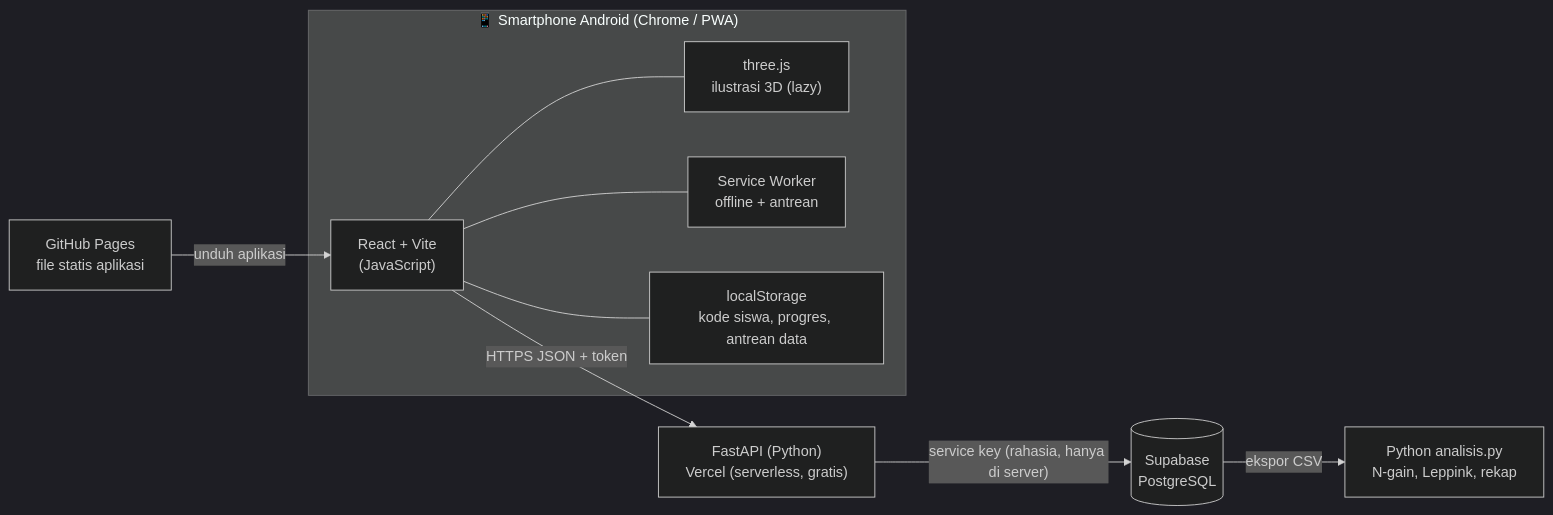
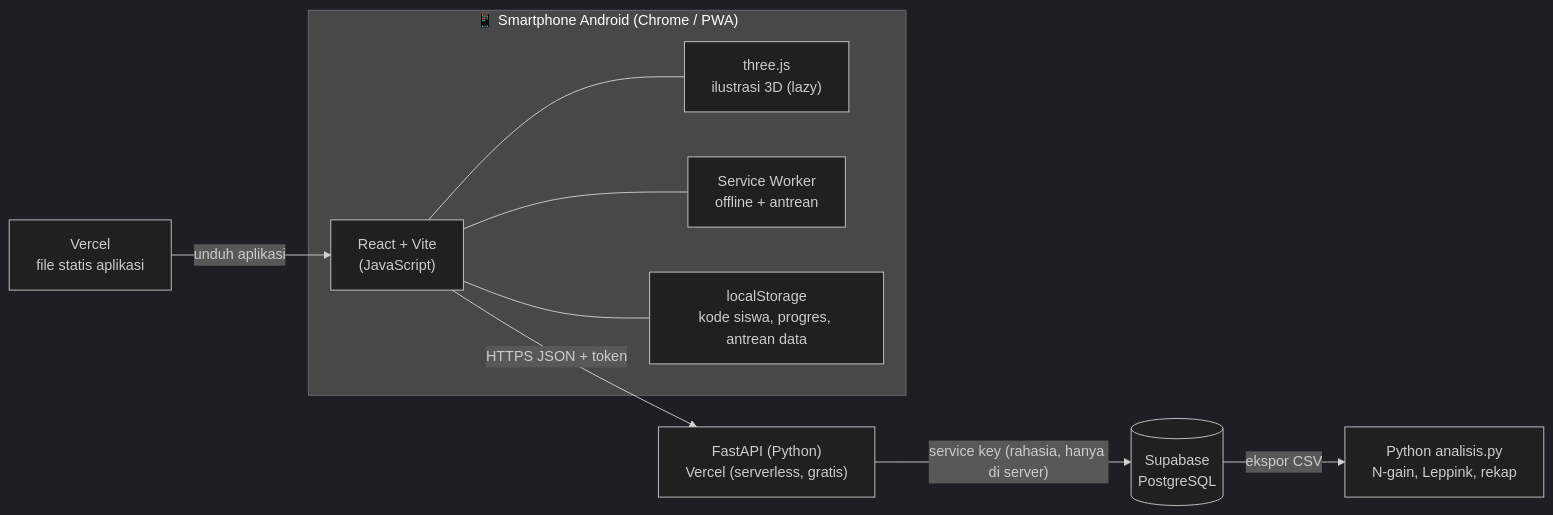
Before and after one commit to azkiahsafira/project-uas-penerapan-pythagoras-2225250013: the first of 2 diagrams in architecture.md, drawn with Mermaid (dark theme). The commit also changed other lines of this file and 10 other files, not shown here.

Commit message:
Pindah link aplikasi ke https://penerapan-pythagoras.vercel.app, matikan GitHub Pages, CORS backend untuk link baru

````diff
--- a/architecture.md
+++ b/architecture.md
@@ -7,21 +7,21 @@
 ```mermaid
 flowchart LR
   subgraph HP["📱 Smartphone Android (Chrome / PWA)"]
     UI["React + Vite<br/>(JavaScript)"]
     TJS["three.js<br/>ilustrasi 3D (lazy)"]
     SW["Service Worker<br/>offline + antrean"]
     LS["localStorage<br/>kode siswa, progres, antrean data"]
   end
-  GP["GitHub Pages<br/>file statis aplikasi"]
+  GP["Vercel<br/>file statis aplikasi"]
   API["FastAPI (Python)<br/>Vercel (serverless, gratis)"]
   DB[("Supabase<br/>PostgreSQL")]
   PY["Python analisis.py<br/>N-gain, Leppink, rekap"]
 
   GP -- unduh aplikasi --> UI
   UI --- TJS
   UI --- SW
   UI --- LS
   UI -- "HTTPS JSON + token" --> API
   API -- "service key (rahasia, hanya di server)" --> DB
   DB -- "ekspor CSV" --> PY
 ```
````
